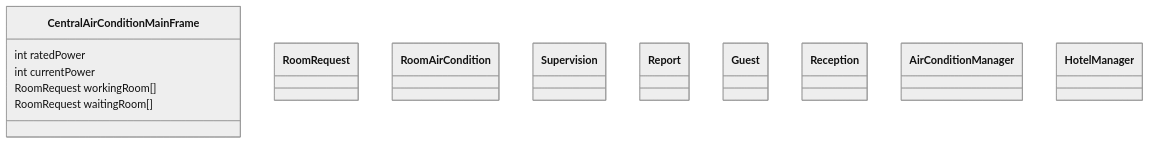
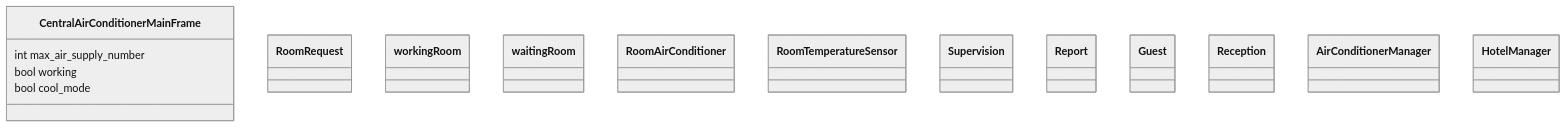
Before and after one commit to SimonGH0STRiley/AirConditioningManagementSystem: the first of 2 diagrams in 分布式温控系统的需求定义及其领域模型.md, drawn with Mermaid (neutral theme). The commit also changed other lines of this file, not shown here.

````diff
--- a/分布式温控系统的需求定义及其领域模型.md
+++ b/分布式温控系统的需求定义及其领域模型.md
@@ -19,34 +31,42 @@
 ```mermaid
 classDiagram
-      class CentralAirConditionMainFrame{
-          int ratedPower
-          int currentPower
-          RoomRequest workingRoom[]
-          RoomRequest waitingRoom[]
+      class CentralAirConditionerMainFrame{
+          int max_air_supply_number
+          bool working
+          bool cool_mode
       }
       class RoomRequest{
       
       }
-      class RoomAirCondition{
+      class workingRoom{
+      
+      }
+      class waitingRoom{
+      
+      }
+      class RoomAirConditioner{
+      
+      }
+      class RoomTemperatureSensor{
       
       }
       class Supervision{
       
       }
       class Report{
       
       }
       class Guest{
       
       }
       class Reception{
       
       }
-      class AirConditionManager{
+      class AirConditionerManager{
       
       }
       class HotelManager{
       
       }
 
 ```
````
